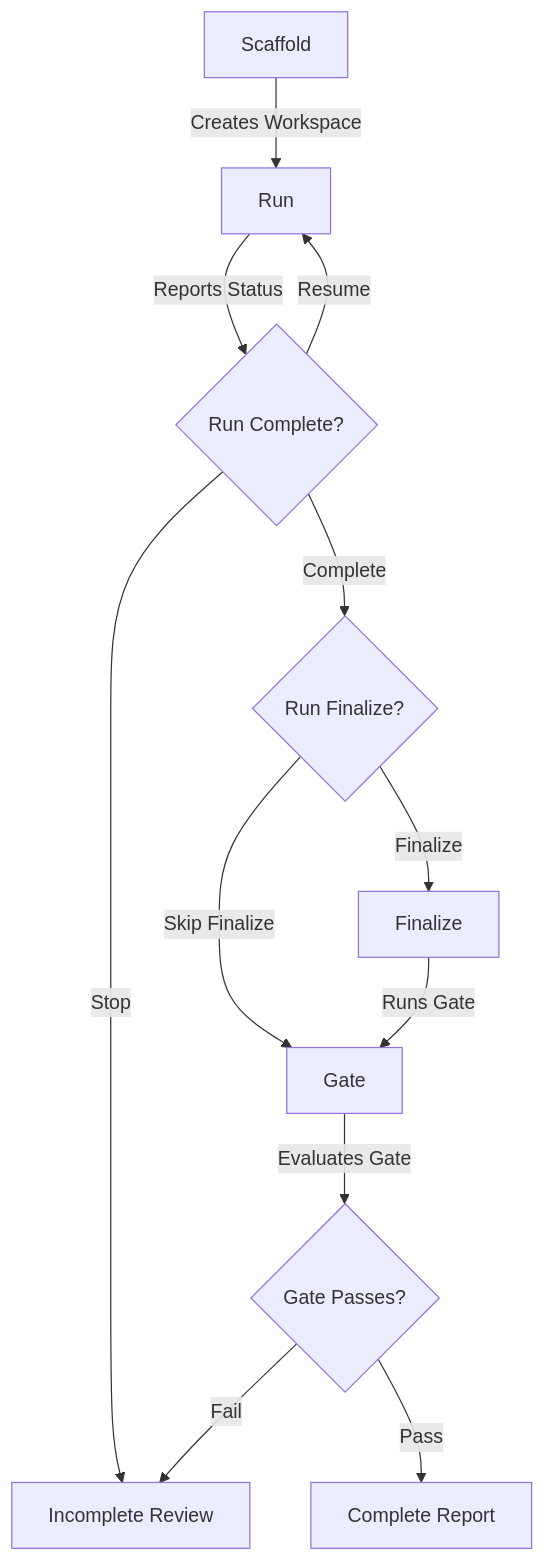
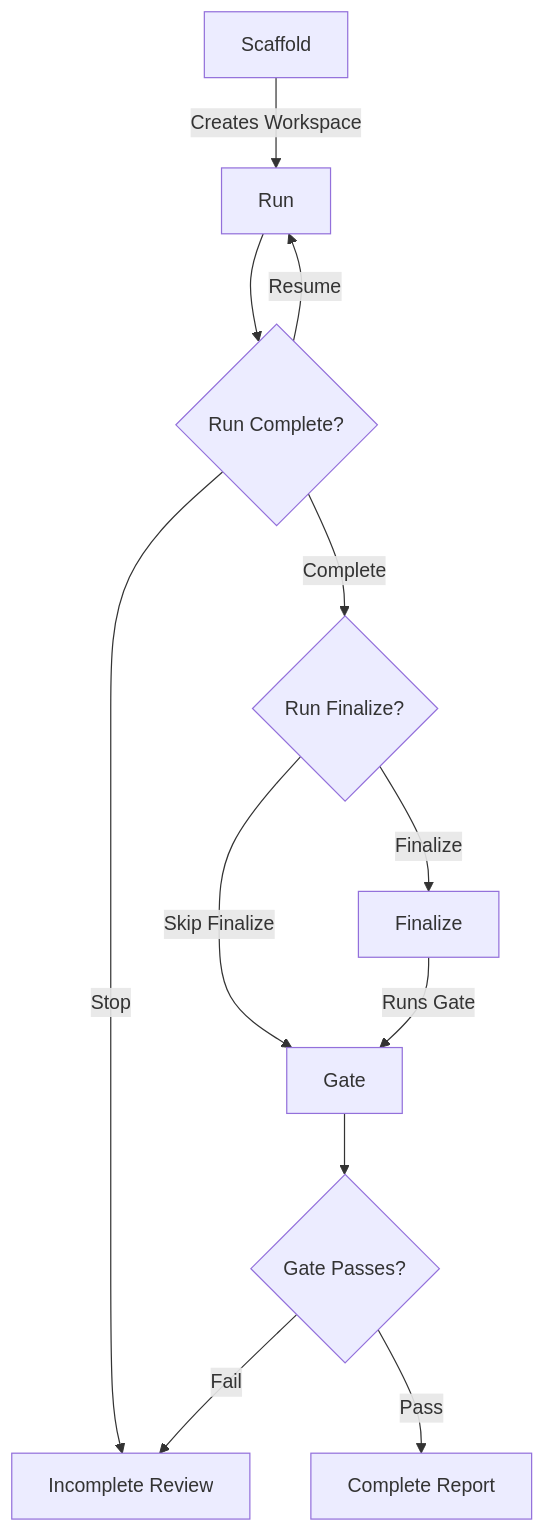
Before and after one commit to eth4nr00t/cyberjury: the second of 3 diagrams in docs/engine-design.md, drawn with Mermaid. The commit also changed other lines of this file and 1 other file, not shown here.

Commit message:
docs: clarify Mermaid flow labels

````diff
--- a/docs/engine-design.md
+++ b/docs/engine-design.md
@@ -123,14 +123,14 @@
 ```mermaid
 flowchart TD
     A[Scaffold] -- Creates Workspace --> B[Run]
-    B -- Reports Status --> C{Run Complete?}
+    B --> C{Run Complete?}
     C -- Resume --> B
     C -- Stop --> D[Incomplete Review]
     C -- Complete --> E{Run Finalize?}
     E -- Finalize --> F[Finalize]
     E -- Skip Finalize --> G[Gate]
     F -- Runs Gate --> G[Gate]
-    G -- Evaluates Gate --> H{Gate Passes?}
+    G --> H{Gate Passes?}
     H -- Pass --> I[Complete Report]
     H -- Fail --> D
 ```
````
